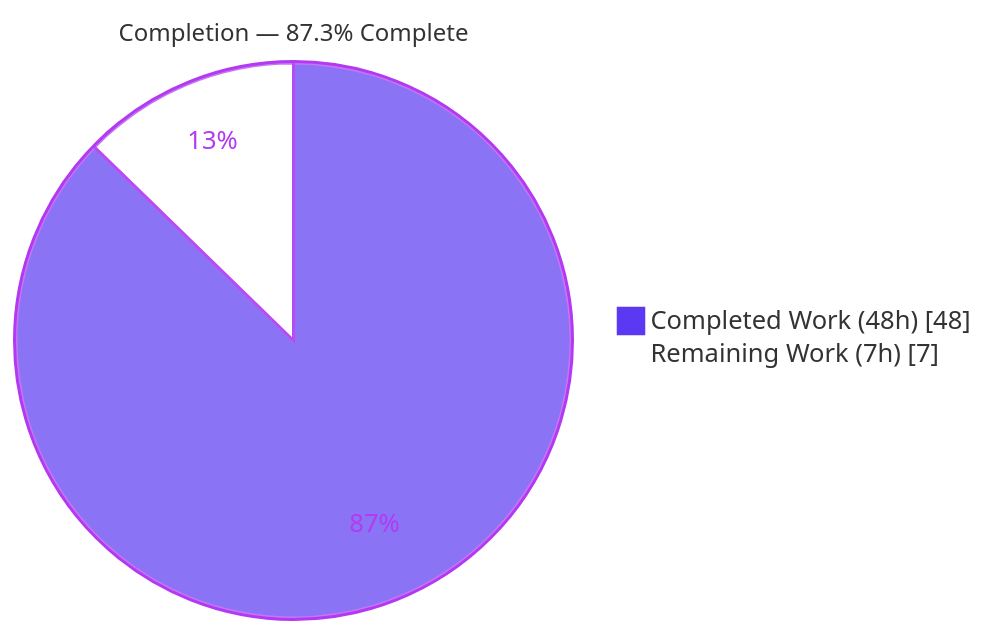
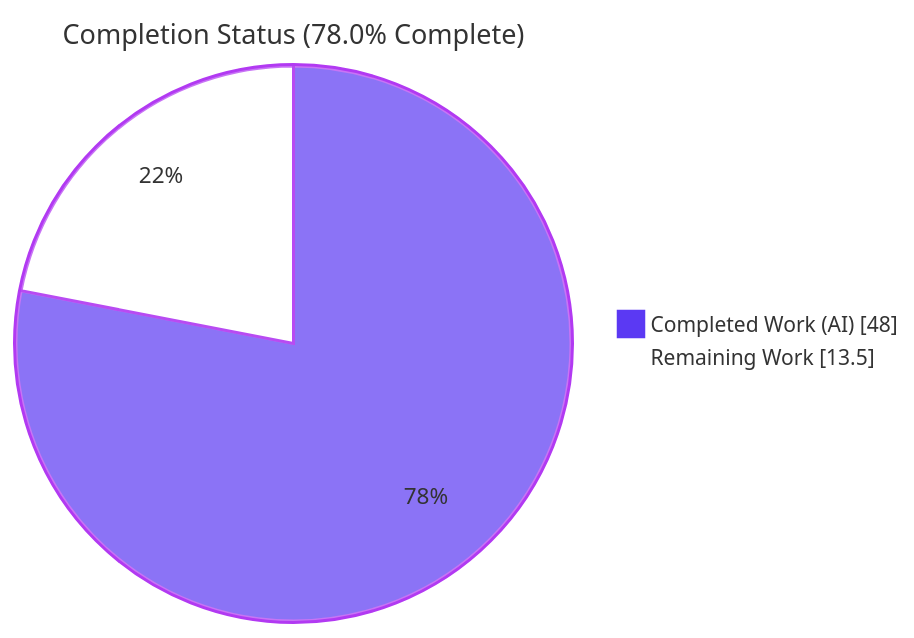
The first of 3 diagrams in blitzy/documentation/Project Guide.md (ajitblitzy/Society_Mngt_26-Jun-2026-Afternoon), drawn with Mermaid before and after one commit. The commit also changed other lines of this file, not shown here.

Commit message:
Adding Blitzy Project Guide: Project Status and Human Tasks Remaining

````diff
--- a/blitzy/documentation/Project Guide.md
+++ b/blitzy/documentation/Project Guide.md
@@ -16,6 +11,7 @@
 ```mermaid
-%%{init: {'theme':'base', 'themeVariables': {'pie1':'#5B39F3','pie2':'#FFFFFF','pieStrokeColor':'#B23AF2','pieOuterStrokeColor':'#B23AF2','pieSectionTextColor':'#B23AF2','pieStrokeWidth':'2px','pieTitleTextSize':'16px'}}}%%
-pie showData title Completion — 87.3% Complete
-    "Completed Work (48h)" : 48
-    "Remaining Work (7h)" : 7
+%%{init: {'theme':'base', 'themeVariables': {'pie1':'#5B39F3','pie2':'#FFFFFF','pieStrokeColor':'#B23AF2','pieStrokeWidth':'2px','pieOuterStrokeColor':'#B23AF2','pieOuterStrokeWidth':'2px','pieTitleTextSize':'18px','pieSectionTextSize':'15px','pieLegendTextSize':'14px'}}}%%
+pie showData
+    title Completion Status (78.0% Complete)
+    "Completed Work (AI)" : 48.0
+    "Remaining Work" : 13.5
 ```
````
